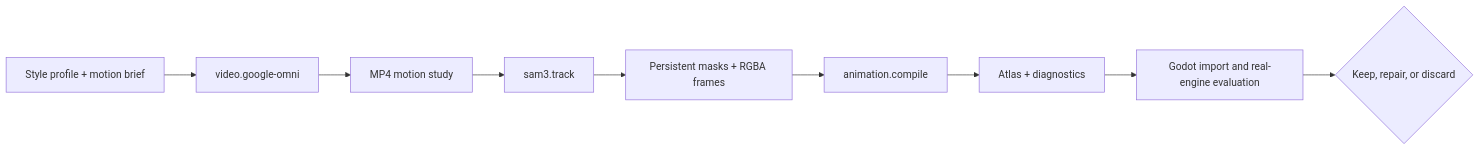
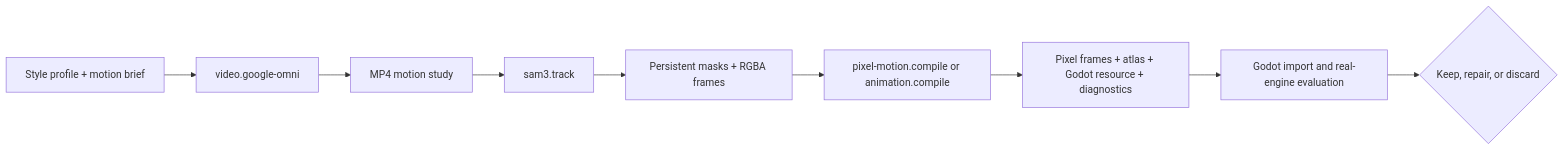
The diagram in docs/video-animation-pipeline.md (alexmeckes/gamefactory), drawn with Mermaid before and after one commit. The commit also changed other lines of this file and 228 other files, not shown here.

````diff
--- a/docs/video-animation-pipeline.md
+++ b/docs/video-animation-pipeline.md
@@ -5,11 +5,11 @@
 ```mermaid
 flowchart LR
   A["Style profile + motion brief"] --> B["video.google-omni"]
   B --> C["MP4 motion study"]
   C --> D["sam3.track"]
   D --> E["Persistent masks + RGBA frames"]
-  E --> F["animation.compile"]
-  F --> G["Atlas + diagnostics"]
+  E --> F["pixel-motion.compile or animation.compile"]
+  F --> G["Pixel frames + atlas + Godot resource + diagnostics"]
   G --> H["Godot import and real-engine evaluation"]
   H --> I{"Keep, repair, or discard"}
 ```
````
